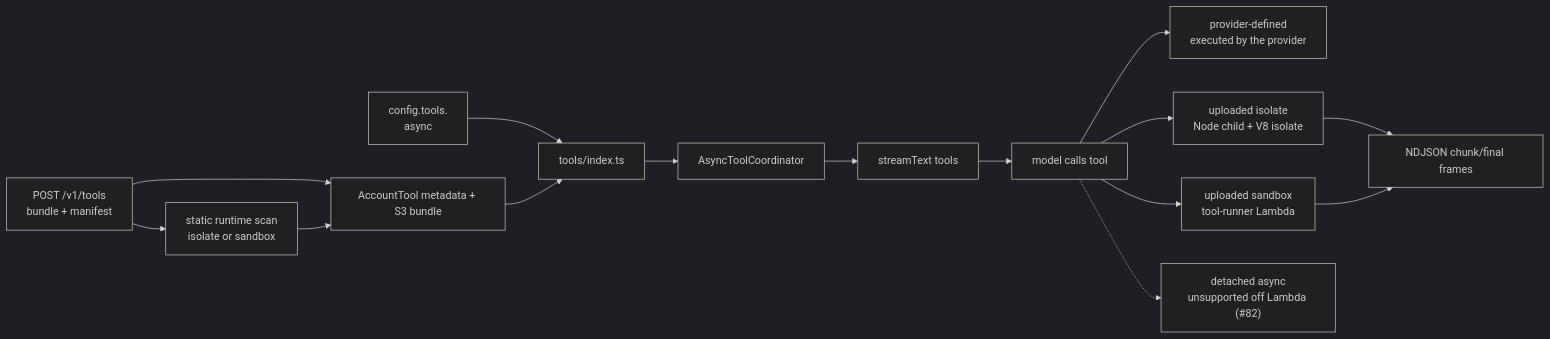
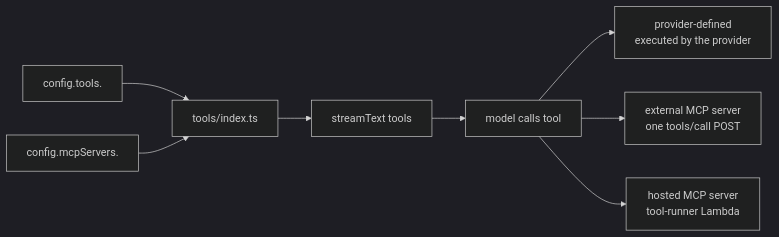
The diagram in apps/docs/docs/tools.md (beeblastco/broods), drawn with Mermaid (dark theme) before and after one commit. The commit also changed other lines of this file and 33 other files, not shown here.

First line of the commit message:
feat(sdk,docs): retire defineTool, tool demos and the tools API surface (#331 phase 3)

````diff
--- a/apps/docs/docs/tools.md
+++ b/apps/docs/docs/tools.md
@@ -14,17 +11,10 @@
 ```mermaid
 flowchart LR
-  Upload["POST /v1/tools<br/>bundle + manifest"] --> Store["AccountTool metadata + S3 bundle"]
-  Upload --> Scan["static runtime scan<br/>isolate or sandbox"]
-  Scan --> Store
-  Config["config.tools.<name or toolId><br/>async"] --> Registry["tools/index.ts"]
-  Store --> Registry
-  Registry --> Wrap["AsyncToolCoordinator"]
-  Wrap --> Model["streamText tools"]
+  Config["config.tools.<providerTool>"] --> Registry["tools/index.ts"]
+  Mcp["config.mcpServers.<serverId>"] --> Registry
+  Registry --> Model["streamText tools"]
   Model --> Call["model calls tool"]
   Call --> Provider["provider-defined<br/>executed by the provider"]
-  Call --> Uploaded["uploaded isolate<br/>Node child + V8 isolate"]
-  Call --> Sandbox["uploaded sandbox<br/>tool-runner Lambda"]
-  Uploaded --> Frames["NDJSON chunk/final frames"]
-  Sandbox --> Frames
-  Call -.-> Deferred["detached async<br/>unsupported off Lambda (#82)"]
+  Call --> External["external MCP server<br/>one tools/call POST"]
+  Call --> Hosted["hosted MCP server<br/>tool-runner Lambda"]
 ```
````
